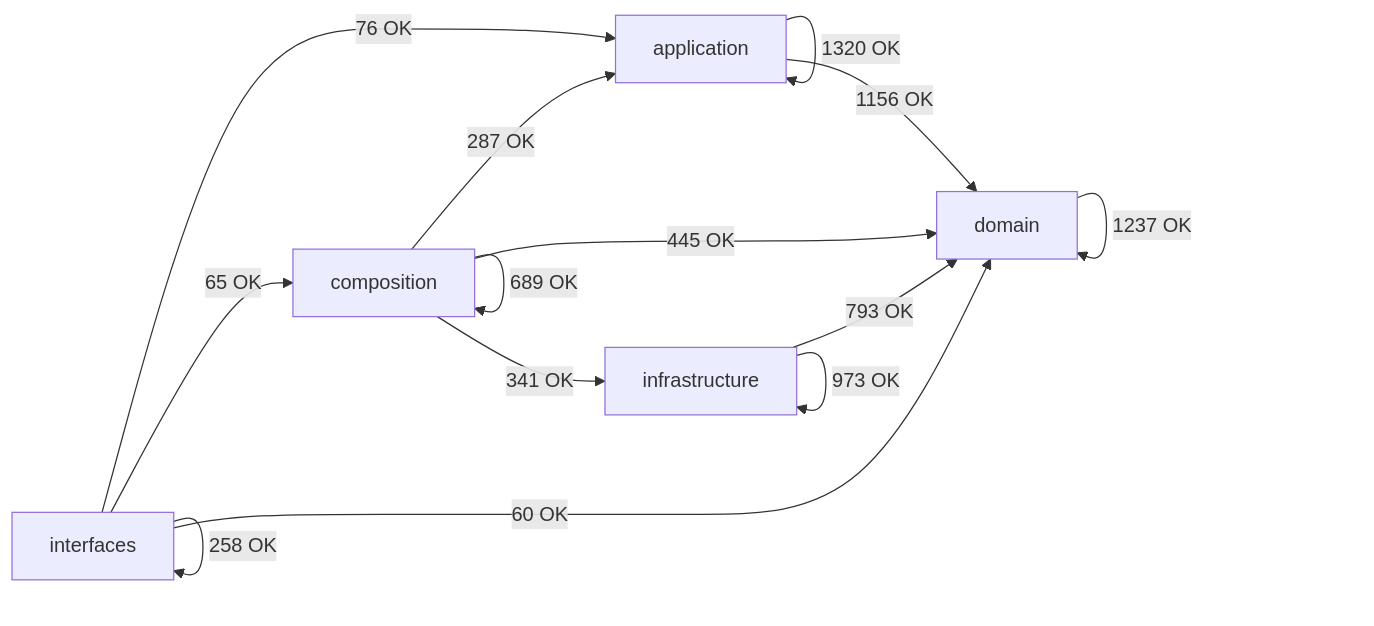
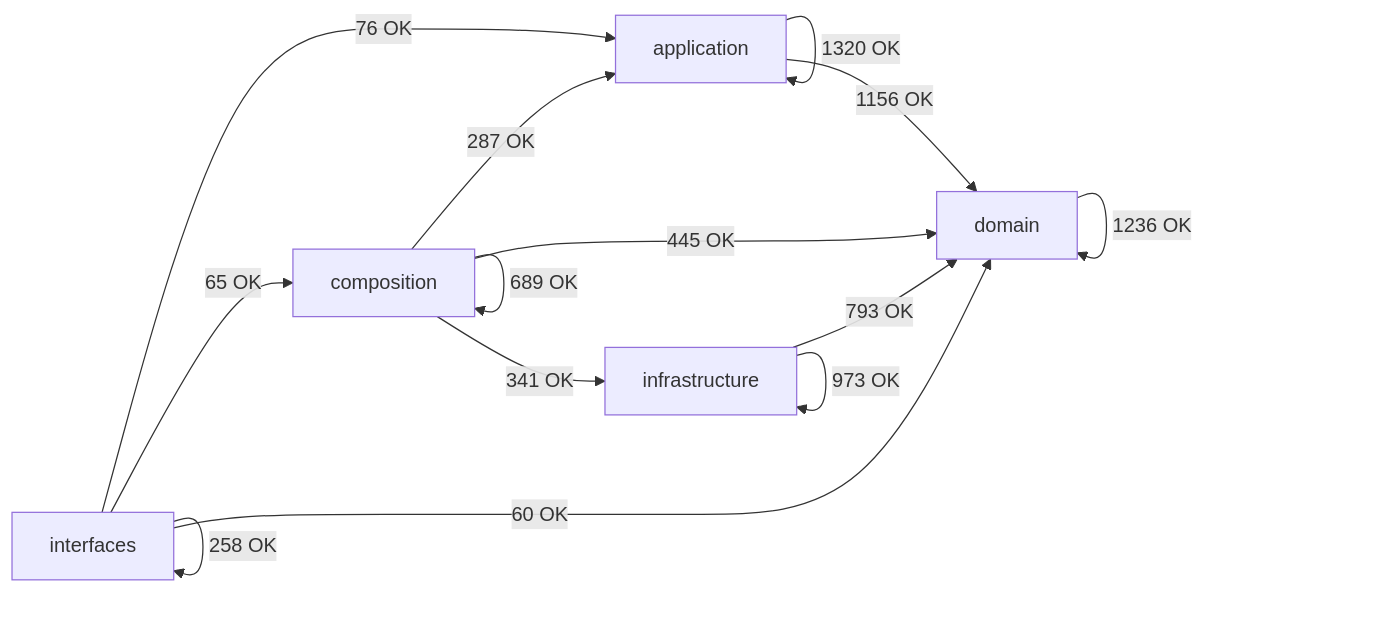
The diagram in docs/02-architecture/generated/module-dependency-map.md (SatoryKono/BioactivityDataAcquisition), drawn with Mermaid before and after one commit. The commit also changed other lines of this file and 77 other files, not shown here.

````diff
--- a/docs/02-architecture/generated/module-dependency-map.md
+++ b/docs/02-architecture/generated/module-dependency-map.md
@@ -17,21 +17,21 @@
 ```mermaid
 flowchart LR
     domain[domain]
     application[application]
     infrastructure[infrastructure]
     composition[composition]
     interfaces[interfaces]
     application -->|1320 OK| application
     application -->|1156 OK| domain
     composition -->|287 OK| application
     composition -->|689 OK| composition
     composition -->|445 OK| domain
     composition -->|341 OK| infrastructure
-    domain -->|1237 OK| domain
+    domain -->|1236 OK| domain
     infrastructure -->|793 OK| domain
     infrastructure -->|973 OK| infrastructure
     interfaces -->|76 OK| application
     interfaces -->|65 OK| composition
     interfaces -->|60 OK| domain
     interfaces -->|258 OK| interfaces
 ```
````
